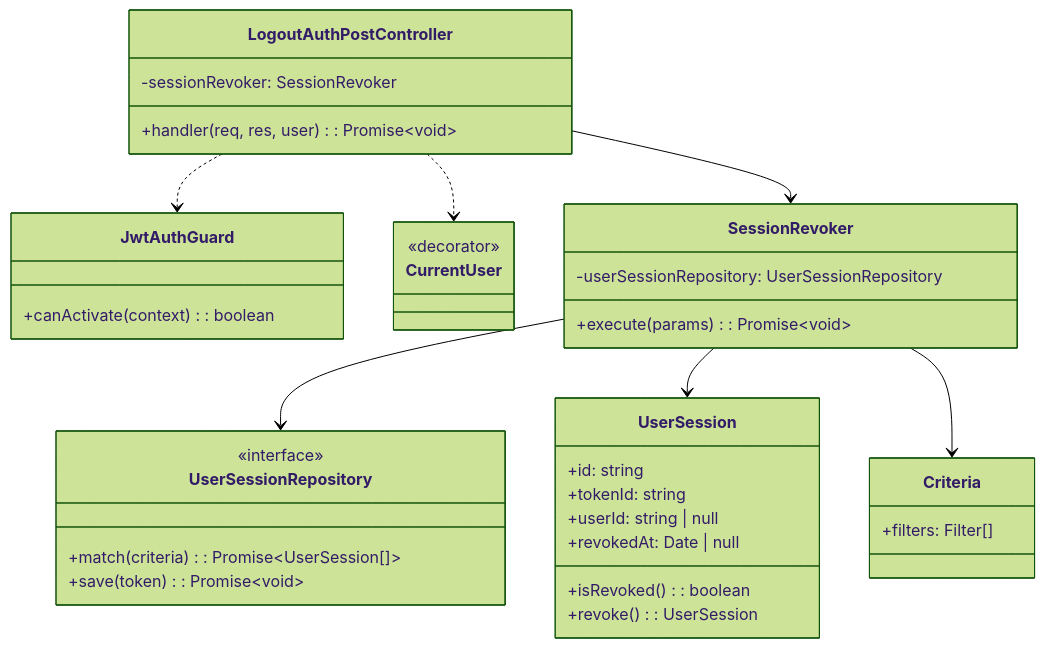
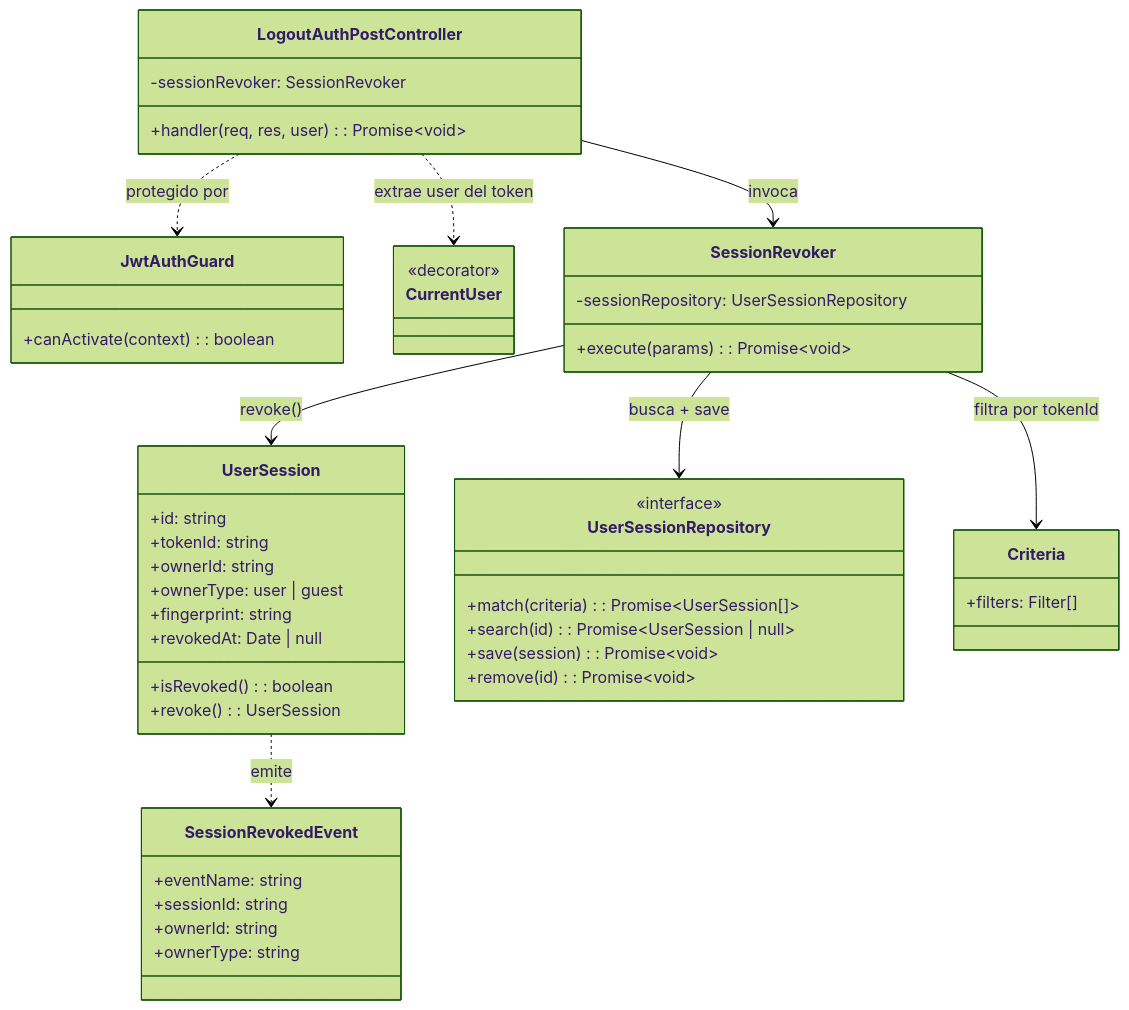
The diagram in docs/apps/api/identity/logout/classes.md (AbrahamVilchesDeLaCruz/ididntcatchthat), drawn with Mermaid (forest theme) before and after one commit. The commit also changed other lines of this file and 8 other files, not shown here.

First line of the commit message:
docs(identity): update class and sequence diagrams to UserSession model

````diff
--- a/docs/apps/api/identity/logout/classes.md
+++ b/docs/apps/api/identity/logout/classes.md
@@ -3,46 +5,58 @@
 ```mermaid
 classDiagram
     class LogoutAuthPostController {
         -sessionRevoker: SessionRevoker
         +handler(req, res, user): Promise~void~
     }
 
     class JwtAuthGuard {
         +canActivate(context): boolean
     }
 
     class CurrentUser {
         <<decorator>>
     }
 
     class SessionRevoker {
-        -userSessionRepository: UserSessionRepository
+        -sessionRepository: UserSessionRepository
         +execute(params): Promise~void~
     }
 
     class UserSession {
         +id: string
         +tokenId: string
-        +userId: string | null
+        +ownerId: string
+        +ownerType: user | guest
+        +fingerprint: string
         +revokedAt: Date | null
         +isRevoked(): boolean
         +revoke(): UserSession
     }
 
     class UserSessionRepository {
         <<interface>>
         +match(criteria): Promise~UserSession[]~
-        +save(token): Promise~void~
+        +search(id): Promise~UserSession | null~
+        +save(session): Promise~void~
+        +remove(id): Promise~void~
+    }
+
+    class SessionRevokedEvent {
+        +eventName: string
+        +sessionId: string
+        +ownerId: string
+        +ownerType: string
     }
 
     class Criteria {
         +filters: Filter[]
     }
 
-    LogoutAuthPostController --> SessionRevoker
-    LogoutAuthPostController ..> JwtAuthGuard
-    LogoutAuthPostController ..> CurrentUser
-    SessionRevoker --> UserSessionRepository
-    SessionRevoker --> UserSession
-    SessionRevoker --> Criteria
+    LogoutAuthPostController --> SessionRevoker : invoca
+    LogoutAuthPostController ..> JwtAuthGuard : protegido por
+    LogoutAuthPostController ..> CurrentUser : extrae user del token
+    SessionRevoker --> UserSessionRepository : busca + save
+    SessionRevoker --> UserSession : revoke()
+    SessionRevoker --> Criteria : filtra por tokenId
+    UserSession ..> SessionRevokedEvent : emite
 ```
````
